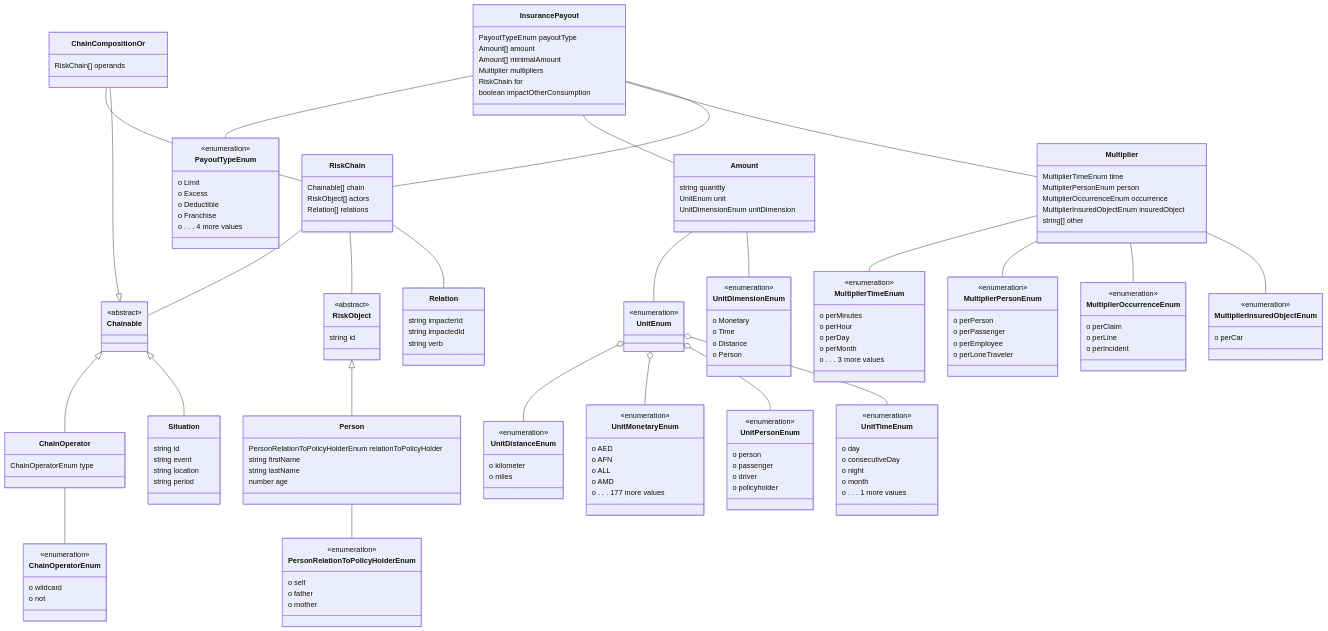
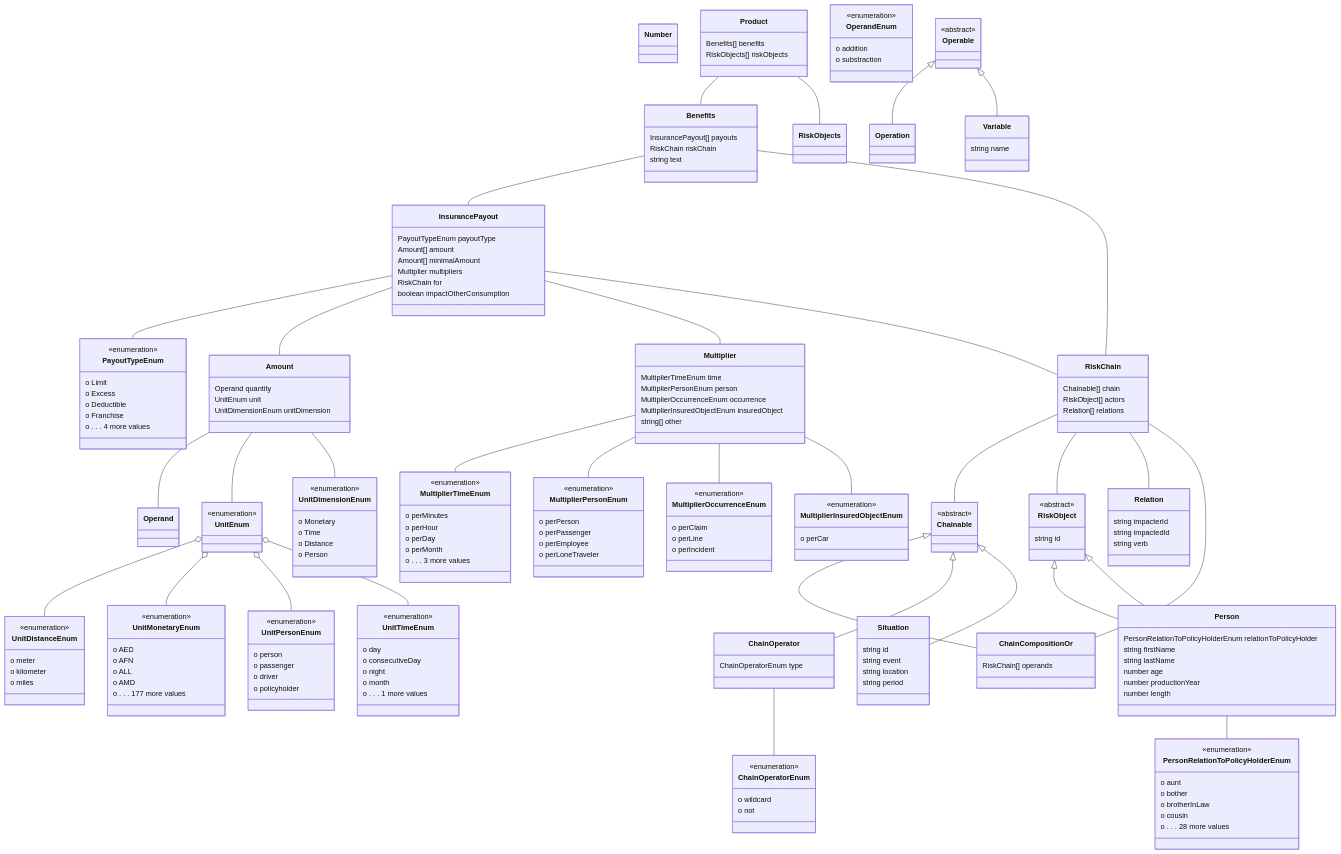
The diagram in datamodel-build/mermaid/diagram.mmd (codexstanford/Insurance-Payout-Ontology), drawn with Mermaid before and after one commit. The commit also changed 95 other files, not shown here.

```diff
--- a/datamodel-build/mermaid/diagram.mmd
+++ b/datamodel-build/mermaid/diagram.mmd
@@ -1,17 +1,29 @@
 classDiagram
+Amount -- Operand
 Amount -- UnitEnum
 Amount -- UnitDimensionEnum
 
 
 class Amount {
 
-  string quantity
+  Operand quantity
   UnitEnum unit
   UnitDimensionEnum unitDimension
 
 }
 
-undefined
+Benefits -- InsurancePayout
+Benefits -- RiskChain
+
+
+class Benefits {
+
+  InsurancePayout[] payouts
+  RiskChain riskChain
+  string text
+
+}
+
 ChainCompositionOr -- RiskChain
 
 
@@ -108,6 +120,35 @@
   o . . . 3 more values
 }
 
+
+
+class Number {
+
+
+}
+
+
+
+class Operable {
+<<abstract>>
+
+
+}
+
+class OperandEnum {
+<<enumeration>>
+  o addition
+  o substraction
+}
+
+
+
+Operable <|-- Operation
+class Operation {
+
+
+}
+
 class PayoutTypeEnum {
 <<enumeration>>
   o Limit
@@ -117,7 +158,17 @@
   o . . . 4 more values
 }
 
-undefined
+Product -- Benefits
+Product -- RiskObjects
+
+
+class Product {
+
+  Benefits[] benefits
+  RiskObjects[] riskObjects
+
+}
+
 
 
 class Relation {
@@ -173,6 +224,7 @@
 UnitEnum o-- UnitDistanceEnum
   class UnitDistanceEnum {
 <<enumeration>>
+  o meter
   o kilometer
   o miles
 }
@@ -210,9 +262,15 @@
   o . . . 1 more values
 }
 
-undefined
-undefined
-undefined
+
+
+Operable <|-- Variable
+class Variable {
+
+  string name
+
+}
+
 Person -- PersonRelationToPolicyHolderEnum
 
 
@@ -228,7 +286,23 @@
 
 class PersonRelationToPolicyHolderEnum {
 <<enumeration>>
-  o self
-  o father
-  o mother
+  o aunt
+  o bother
+  o brotherInLaw
+  o cousin
+  o . . . 28 more values
 }
+
+
+
+RiskObject <|-- Person
+class Person {
+
+  number productionYear
+  number length
+
+}
+
+undefined
+undefined
+undefined
```
